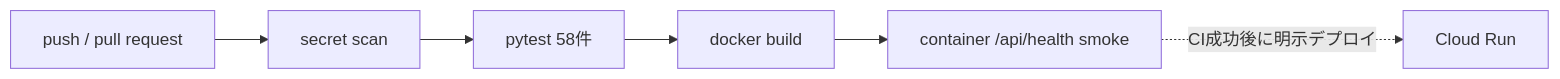
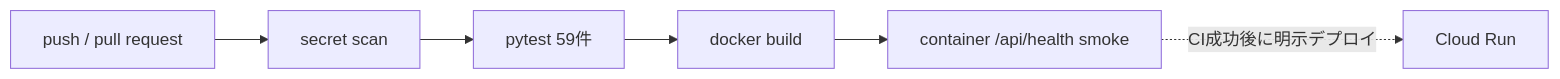
One commit to souzoku-lab/souzoku-shield changed the second of 2 diagrams in docs/protopedia_replacement.md. Above: the diagram before and after it, drawn with Mermaid. The commit also changed 5 other files, not shown here.

````diff
--- a/docs/protopedia_replacement.md
+++ b/docs/protopedia_replacement.md
@@ -38,8 +38,8 @@
 ```mermaid
 flowchart LR
     P[push / pull request] --> S[secret scan]
-    S --> T[pytest 58件]
+    S --> T[pytest 59件]
     T --> B[docker build]
     B --> H[container /api/health smoke]
     H -. CI成功後に明示デプロイ .-> C[Cloud Run]
 ```
````
